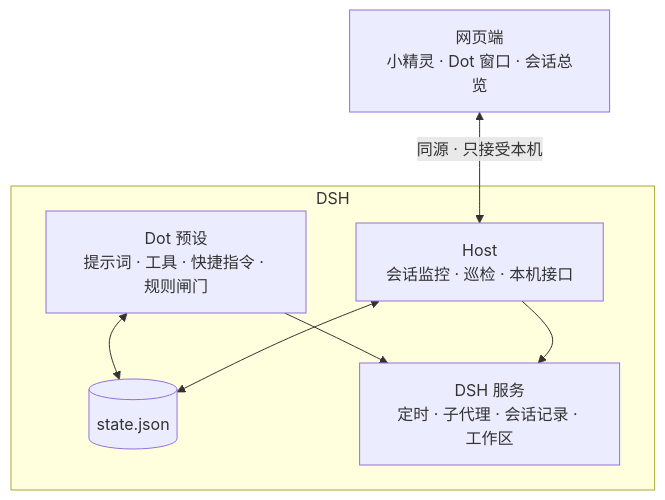
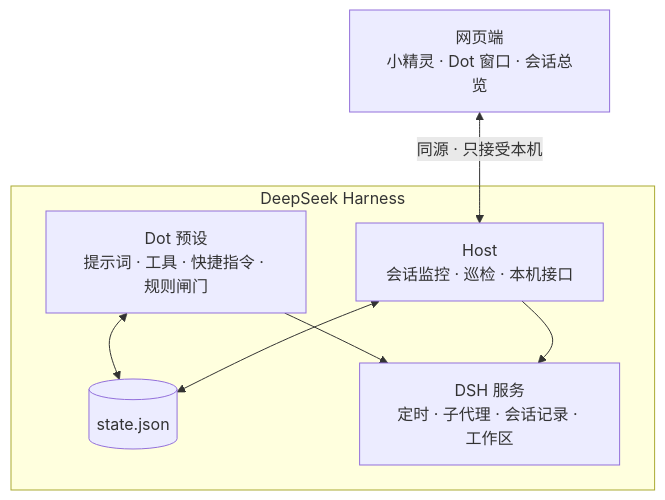
One commit to h958661134/dsh-plugin-dot changed the second of 2 diagrams in README.md. Above: the diagram before and after it, drawn with Mermaid. The commit also changed other lines of this file and 2 other files, not shown here.

Commit message:
修 CI（测试里的 Windows 路径）和 README 里的 mermaid 图

````diff
--- a/README.md
+++ b/README.md
@@ -263,15 +263,15 @@
 ```mermaid
 flowchart TB
-    subgraph DSH
-      P[Dot 预设<br/>提示词 · 工具 · 快捷指令 · 规则闸门]
-      H[Host<br/>会话监控 · 巡检 · 本机接口]
-      S[(state.json)]
-      Q[DSH 服务<br/>定时 · 子代理 · 会话记录 · 工作区]
+    subgraph DSH["DeepSeek Harness"]
+      P["Dot 预设<br/>提示词 · 工具 · 快捷指令 · 规则闸门"]
+      H["Host<br/>会话监控 · 巡检 · 本机接口"]
+      S[("state.json")]
+      Q["DSH 服务<br/>定时 · 子代理 · 会话记录 · 工作区"]
     end
-    U[网页端<br/>小精灵 · Dot 窗口 · 会话总览]
+    U["网页端<br/>小精灵 · Dot 窗口 · 会话总览"]
     P <--> S
     H <--> S
     P --> Q
     H --> Q
-    U <-->|同源 · 只接受本机| H
+    U <-->|"同源 · 只接受本机"| H
 ```
````
